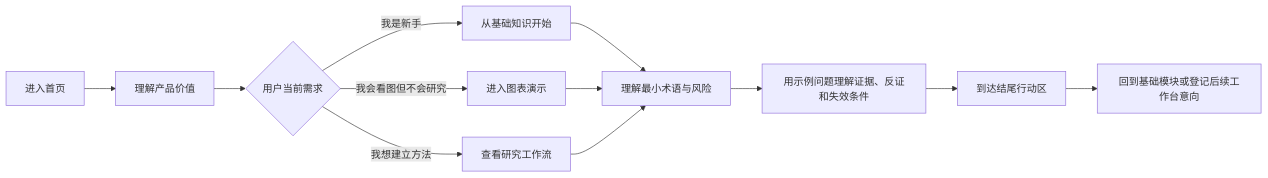
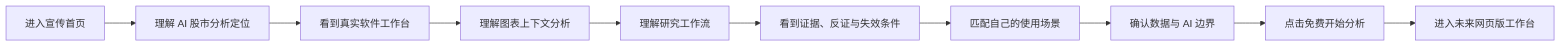
The second of 2 diagrams in docs/stockchart/FUNCTION_MAP_V1.md (3352873770-rgb/mmeett-fate), drawn with Mermaid before and after one commit. The commit also changed other lines of this file and 8 other files, not shown here.

````diff
--- a/docs/stockchart/FUNCTION_MAP_V1.md
+++ b/docs/stockchart/FUNCTION_MAP_V1.md
@@ -60,14 +70,12 @@
 ```mermaid
 flowchart LR
-    A["进入首页"] --> B["理解产品价值"]
-    B --> C{"用户当前需求"}
-    C -->|"我是新手"| D["从基础知识开始"]
-    C -->|"我会看图但不会研究"| E["进入图表演示"]
-    C -->|"我想建立方法"| F["查看研究工作流"]
-    D --> G["理解最小术语与风险"]
-    E --> G
-    F --> G
-    G --> H["用示例问题理解证据、反证和失效条件"]
-    H --> I["到达结尾行动区"]
-    I --> J["回到基础模块或登记后续工作台意向"]
+    A["进入宣传首页"] --> B["理解 AI 股市分析定位"]
+    B --> C["看到真实软件工作台"]
+    C --> D["理解图表上下文分析"]
+    D --> E["理解研究工作流"]
+    E --> F["看到证据、反证与失效条件"]
+    F --> G["匹配自己的使用场景"]
+    G --> H["确认数据与 AI 边界"]
+    H --> I["点击免费开始分析"]
+    I --> J["进入未来网页版工作台"]
 ```
````
